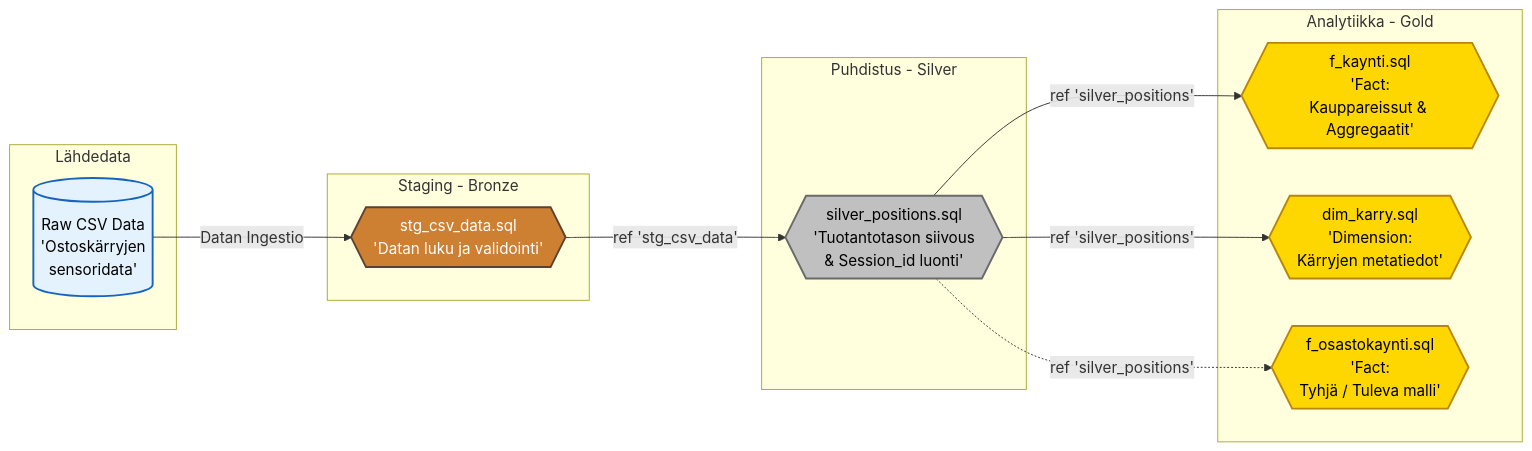
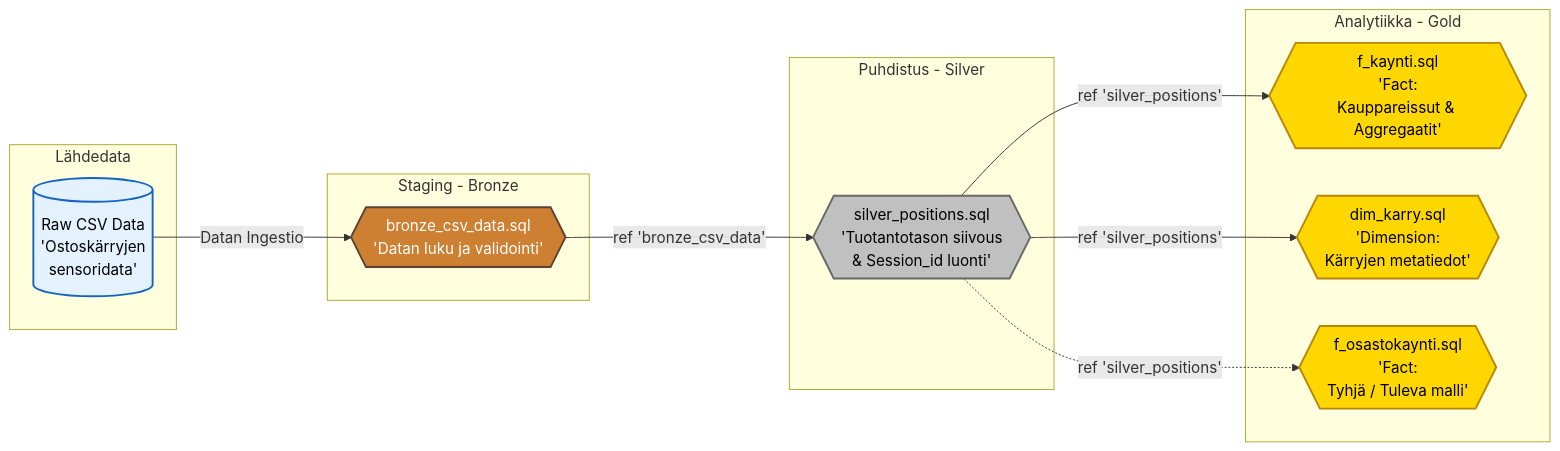
One commit to mitro54/uwb-shopping-cart-analytics-pipeline changed the diagram in docs/dbt_lineage_kaavio.md. Above: the diagram before and after it, drawn with Mermaid. The commit also changed 2 other files, not shown here.

Commit message:
fix stg -> bronze dokumentaatioon

````diff
--- a/docs/dbt_lineage_kaavio.md
+++ b/docs/dbt_lineage_kaavio.md
@@ -5,42 +5,42 @@
 ```mermaid
 graph LR
     %% Data Sources
     subgraph Lähdedata
         CSV[(Raw CSV Data\n'Ostoskärryjen \n sensoridata')]
     end
 
     %% Bronze Layer
     subgraph Staging - Bronze
-        stg_csv_data{{stg_csv_data.sql\n'Datan luku ja validointi'}}
+        bronze_csv_data{{bronze_csv_data.sql\n'Datan luku ja validointi'}}
     end
 
     %% Silver Layer
     subgraph Puhdistus - Silver
         silver_positions{{silver_positions.sql\n'Tuotantotason siivous \n& Session_id luonti'}}
     end
 
     %% Gold Layer
     subgraph Analytiikka - Gold
         f_kaynti{{f_kaynti.sql\n'Fact:\nKauppareissut & Aggregaatit'}}
         dim_karry{{dim_karry.sql\n'Dimension:\nKärryjen metatiedot'}}
         f_osastokaynti{{f_osastokaynti.sql\n'Fact:\nTyhjä / Tuleva malli'}}
     end
 
     %% Riippuvuudet (dbt ref)
-    CSV -->|Datan Ingestio| stg_csv_data
-    stg_csv_data -->|ref 'stg_csv_data'| silver_positions
+    CSV -->|Datan Ingestio| bronze_csv_data
+    bronze_csv_data -->|ref 'bronze_csv_data'| silver_positions
     silver_positions -->|ref 'silver_positions'| f_kaynti
     silver_positions -->|ref 'silver_positions'| dim_karry
     silver_positions -.->|ref 'silver_positions'| f_osastokaynti
 
     %% Tyylittelyt Medallion -teemalla
     classDef source fill:#e3f2fd,stroke:#1565c0,stroke-width:2px,color:#000
     classDef bronze fill:#cd7f32,stroke:#5c4033,stroke-width:2px,color:#fff
     classDef silver fill:#c0c0c0,stroke:#696969,stroke-width:2px,color:#000
     classDef gold fill:#ffd700,stroke:#b8860b,stroke-width:2px,color:#000
 
     class CSV source
-    class stg_csv_data bronze
+    class bronze_csv_data bronze
     class silver_positions silver
     class f_kaynti,dim_karry,f_osastokaynti gold
 ```
````
